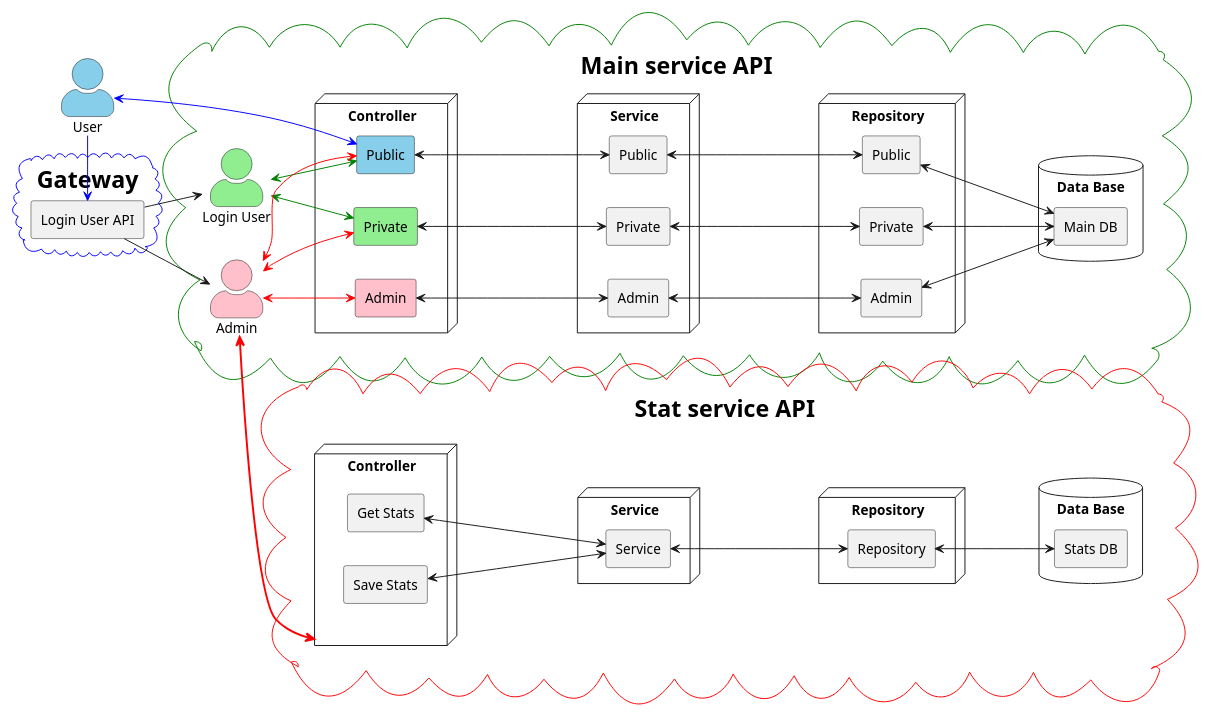
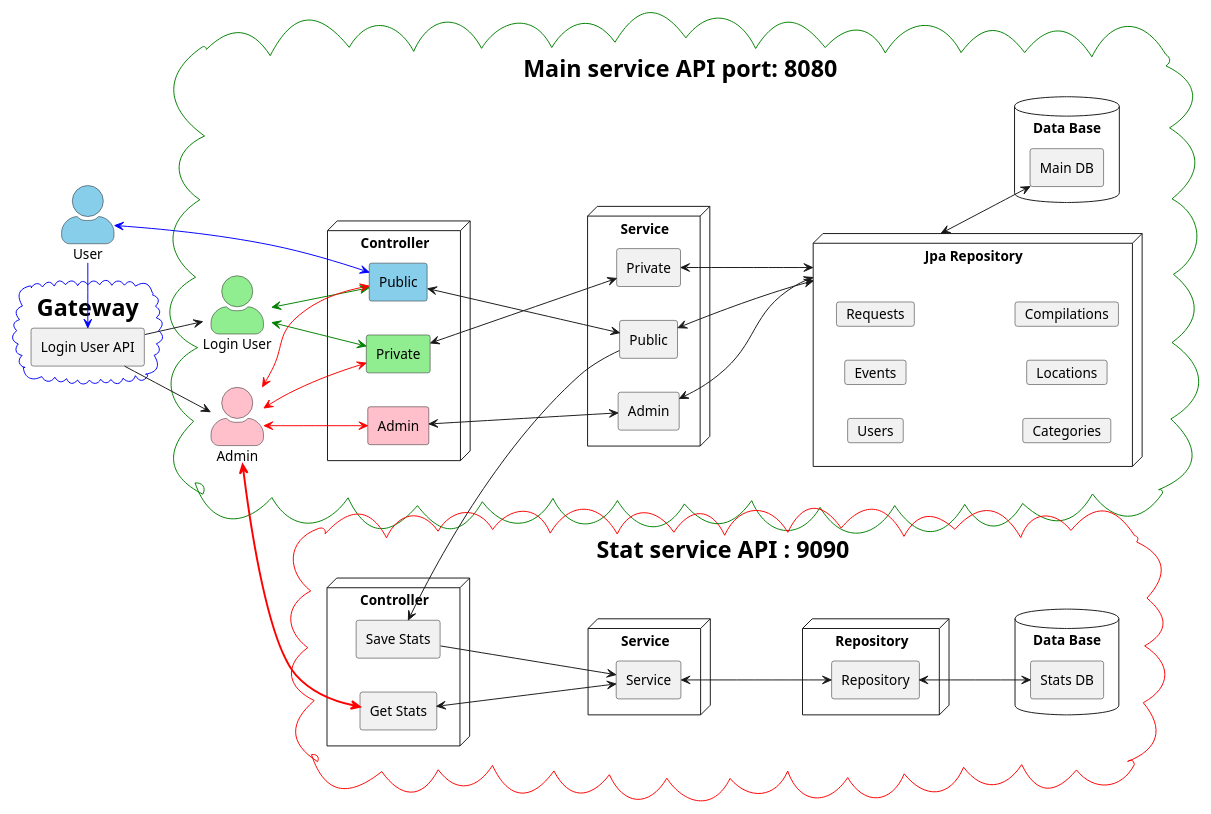
The diagram in uml/project.puml (bannovdaniil/java-explore-with-me), drawn with PlantUML before and after one commit. The commit also changed 1 other file, not shown here.

```diff
--- a/uml/project.puml
+++ b/uml/project.puml
@@ -1,96 +1,101 @@
 @startuml
 scale 1000 width
 left to right direction
 skinparam actorStyle awesome
 skinparam storageStyle rectangle
 skinparam cloudFontSize 24
 
 actor User #skyblue
 
 cloud Gateway #line:blue {
  agent "Login User API" as Login
 }
 
 User -> Login #line:blue;
 
-cloud "Main service API" as Main #line:green {
+cloud "Main service API port: 8080" as Main #line:green {
 
 actor "Login User" as loginUser #lightgreen
 actor Admin #pink
 
 node Controller as MainController {
 agent "Public" as PublicArea #skyblue
 agent "Private" as PrivateArea #lightgreen
 agent "Admin" as AdminArea #pink
 }
 
 User <--> PublicArea #line:blue;
 
 loginUser <--> PublicArea #line:green;
 loginUser <--> PrivateArea #line:green;
 
 Admin <--> PublicArea #line:red;
 Admin <--> PrivateArea #line:red;
 Admin <--> AdminArea #line:red;
 
 node Service {
 agent "Public" as SrvPublicArea
 agent "Private" as SrvPrivateArea
 agent "Admin" as SrvAdminArea
 }
 
 PublicArea <--> SrvPublicArea
 PrivateArea <--> SrvPrivateArea
 AdminArea <--> SrvAdminArea
 
-node Repository {
-agent "Public" as RepoPublicArea
-agent "Private" as RepoPrivateArea
-agent "Admin" as RepoAdminArea
+node "Jpa Repository" as repoArea {
+card "Users" as RepoUserArea
+card "Events" as RepoEventArea
+card "Requests" as RepoRequestArea
+card "Events" as RepoEventArea
+card "Categories" as RepoCategoryArea
+card "Locations" as RepoLocationArea
+card "Compilations" as RepoCompilationsArea
 }
 
-SrvPublicArea <--> RepoPublicArea
-SrvPrivateArea <--> RepoPrivateArea
-SrvAdminArea <--> RepoAdminArea
+SrvPublicArea <--> repoArea
+SrvPrivateArea <--> repoArea
+SrvAdminArea <--> repoArea
 
 database "Data Base" {
  agent "Main DB" as DB
 }
 
-RepoPublicArea <--> DB
-RepoPrivateArea <--> DB
-RepoAdminArea <--> DB
+repoArea <--> DB
 
 }
 
-cloud "Stat service API" as Stats #line:red; {
+cloud "Stat service API : 9090" as Stats #line:red; {
  node Controller as StatsController {
     agent "Get Stats" as GetStatsArea
     agent "Save Stats" as SaveStatsArea
  }
 
  node Service as StatsService {
   agent "Service" as SrvViewArea
  }
 
  GetStatsArea <--> SrvViewArea
- SaveStatsArea <--> SrvViewArea
+ SaveStatsArea --> SrvViewArea
 
  node Repository as StatsRepository {
   agent "Repository" as RepoViewArea
  }
 
  SrvViewArea <--> RepoViewArea
 
 database "Data Base" as StatsDB {
  agent "Stats DB" as nameStatsDB
- 
+
 }
  RepoViewArea <--> nameStatsDB
 }
 
-Admin <--> StatsController #line:red;line.bold;
+Admin <--> GetStatsArea #line:red;line.bold;
+
+SaveStatsArea <-- SrvPublicArea
+
 Login --> loginUser
 Login --> Admin
 
 @enduml
```
